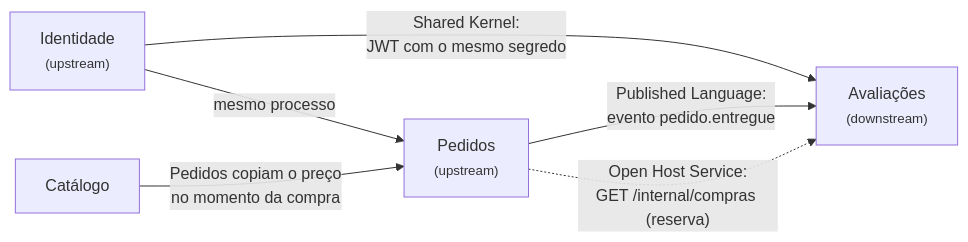
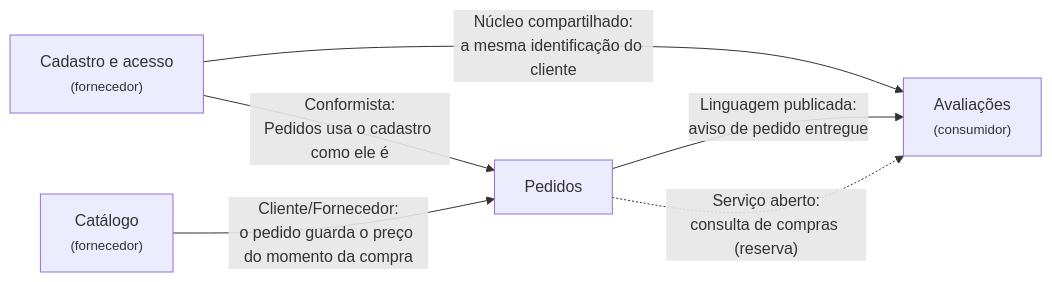
One commit to PedacodeCeu/PedacoDeCeu changed the diagram in docs/ddd.md. Above: the diagram before and after it, drawn with Mermaid. The commit also changed other lines of this file and 1 other file, not shown here.

````diff
--- a/docs/ddd.md
+++ b/docs/ddd.md
@@ -38,13 +52,13 @@
 ```mermaid
 flowchart LR
-    identidade["Identidade<br/><small>(upstream)</small>"]
-    catalogo["Catálogo"]
-    pedidos["Pedidos<br/><small>(upstream)</small>"]
-    avaliacoes["Avaliações<br/><small>(downstream)</small>"]
+    cadastro["Cadastro e acesso<br/><small>(fornecedor)</small>"]
+    catalogo["Catálogo<br/><small>(fornecedor)</small>"]
+    pedidos["Pedidos"]
+    avaliacoes["Avaliações<br/><small>(consumidor)</small>"]
 
-    identidade -- "Shared Kernel:<br/>JWT com o mesmo segredo" --> avaliacoes
-    identidade -- "mesmo processo" --> pedidos
-    catalogo -- "Pedidos copiam o preço<br/>no momento da compra" --> pedidos
-    pedidos -- "Published Language:<br/>evento pedido.entregue" --> avaliacoes
-    pedidos -. "Open Host Service:<br/>GET /internal/compras (reserva)" .-> avaliacoes
+    cadastro -- "Núcleo compartilhado:<br/>a mesma identificação do cliente" --> avaliacoes
+    cadastro -- "Conformista:<br/>Pedidos usa o cadastro como ele é" --> pedidos
+    catalogo -- "Cliente/Fornecedor:<br/>o pedido guarda o preço do momento da compra" --> pedidos
+    pedidos -- "Linguagem publicada:<br/>aviso de pedido entregue" --> avaliacoes
+    pedidos -. "Serviço aberto:<br/>consulta de compras (reserva)" .-> avaliacoes
 ```
````
